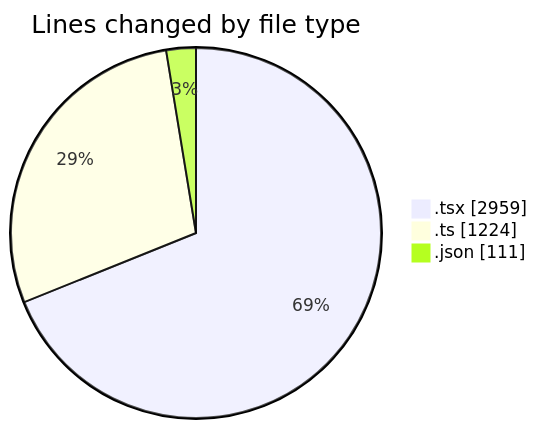
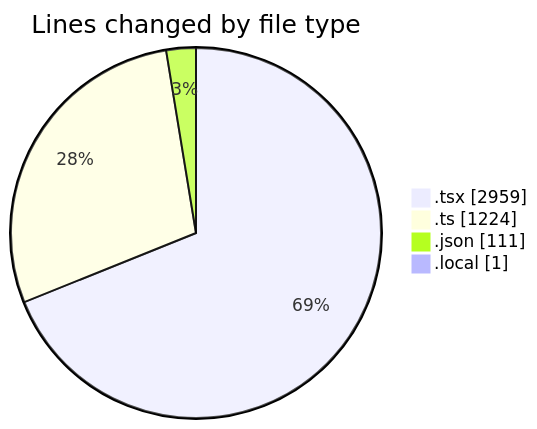
Before and after one commit to julien-gomy/code-tracking: the first of 2 diagrams in 2025-11-08/eventscop-frontend-guide__workspace_/README.md, drawn with Mermaid. The commit also changed other lines of this file and 1 other file, not shown here.

````diff
--- a/2025-11-08/eventscop-frontend-guide__workspace_/README.md
+++ b/2025-11-08/eventscop-frontend-guide__workspace_/README.md
@@ -58,7 +59,8 @@
 ```mermaid
 pie showData
 title Lines changed by file type
 ".tsx" : 2959
 ".ts" : 1224
 ".json" : 111
+".local" : 1
 ```
````
